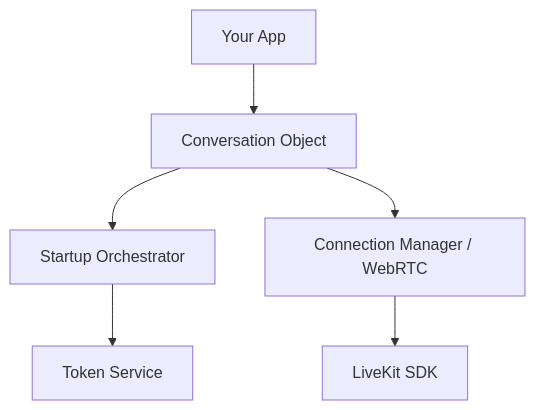
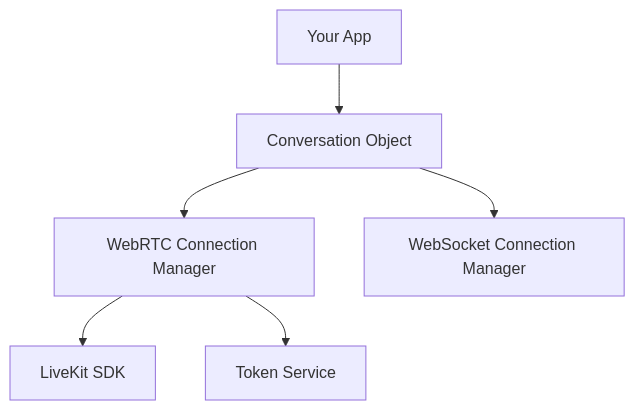
One commit to elevenlabs/elevenlabs-swift-sdk changed the diagram in README.md. Above: the diagram before and after it, drawn with Mermaid. The commit also changed other lines of this file and 27 other files, not shown here.

````diff
--- a/README.md
+++ b/README.md
@@ -232,8 +252,8 @@
 ```mermaid
 graph TD
     App[Your App] --> Conversation[Conversation Object]
-    Conversation --> StartupOrchestrator[Startup Orchestrator]
-    Conversation --> ConnectionManager[Connection Manager / WebRTC]
-    ConnectionManager --> LiveKit[LiveKit SDK]
-    StartupOrchestrator --> TokenService[Token Service]
+    Conversation --> WebRTCConnectionManager[WebRTC Connection Manager]
+    Conversation --> WebSocketConnectionManager[WebSocket Connection Manager]
+    WebRTCConnectionManager --> LiveKit[LiveKit SDK]
+    WebRTCConnectionManager --> TokenService[Token Service]
 ```
````
